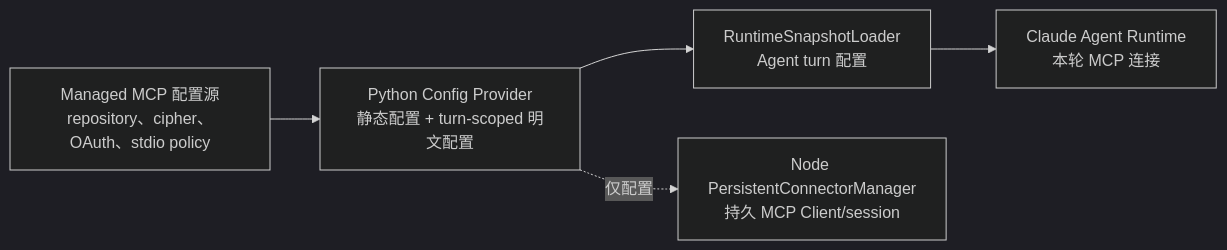
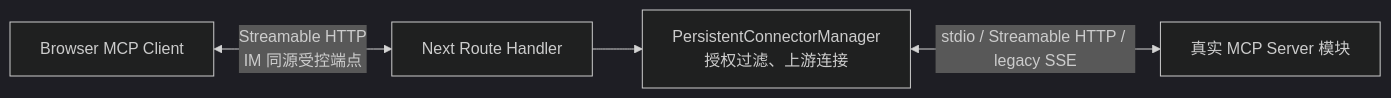
One commit to glide-the/im-dream changed the first of 2 diagrams in docs/design/claude-agent/mcp-apps-node-runtime-bridge.md. Above: the diagram before and after it, drawn with Mermaid (dark theme). The commit also changed other lines of this file and 7 other files, not shown here.

````diff
--- a/docs/design/claude-agent/mcp-apps-node-runtime-bridge.md
+++ b/docs/design/claude-agent/mcp-apps-node-runtime-bridge.md
@@ -108,12 +58,6 @@
 ```mermaid
 flowchart LR
-    SOURCE["Managed MCP 配置源<br/>repository、cipher、OAuth、stdio policy"]
-    PROVIDER["Python Config Provider<br/>静态配置 + turn-scoped 明文配置"]
-    AGENT["RuntimeSnapshotLoader<br/>Agent turn 配置"]
-    BINARY["Claude Agent Runtime<br/>本轮 MCP 连接"]
-    NODE["Node PersistentConnectorManager<br/>持久 MCP Client/session"]
-
-    SOURCE --> PROVIDER
-    PROVIDER --> AGENT --> BINARY
-    PROVIDER -."仅配置".-> NODE
+    B["Browser MCP Client"] <-->|"Streamable HTTP<br/>IM 同源受控端点"| E["Next Route Handler"]
+    E --> M["PersistentConnectorManager<br/>授权过滤、上游连接"]
+    M <-->|"stdio / Streamable HTTP / legacy SSE"| S["真实 MCP Server 模块"]
 ```
````
